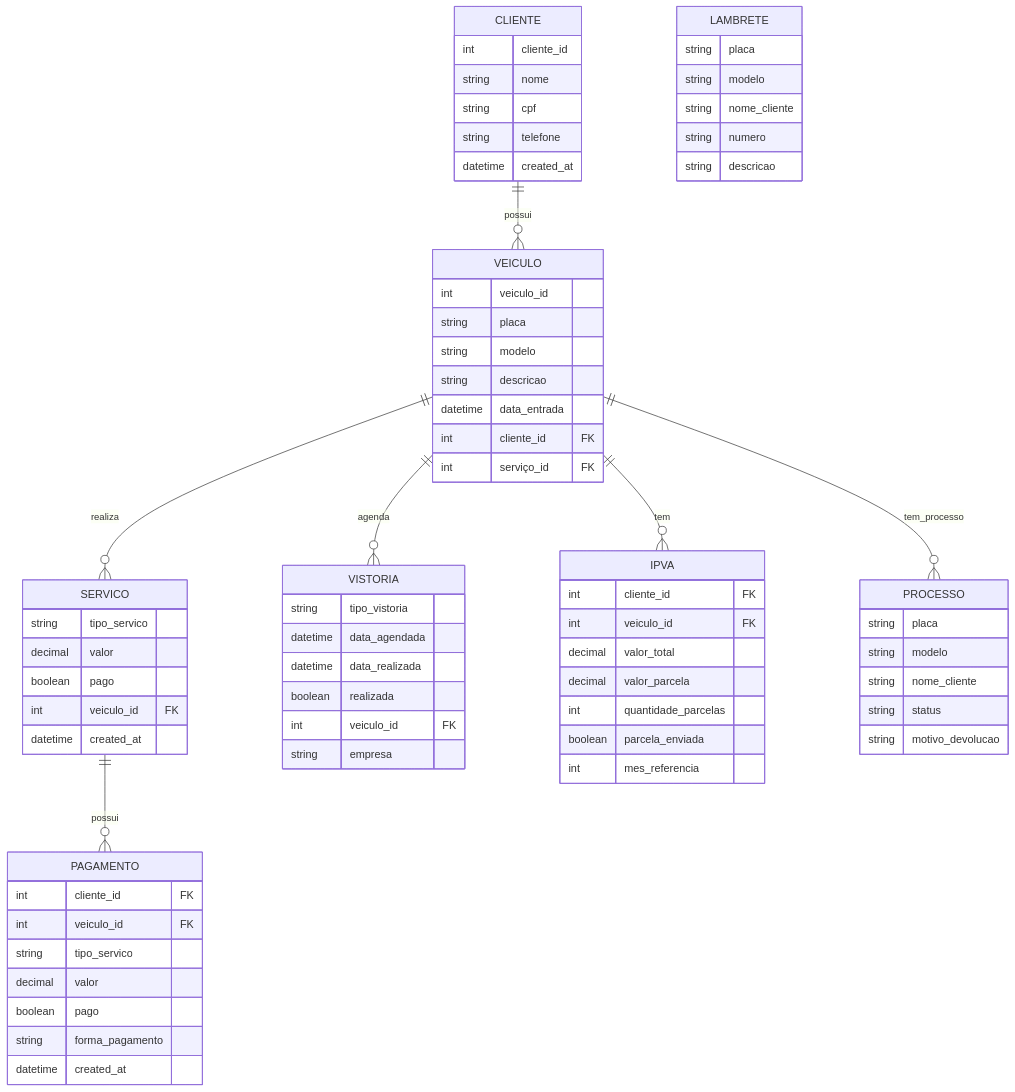
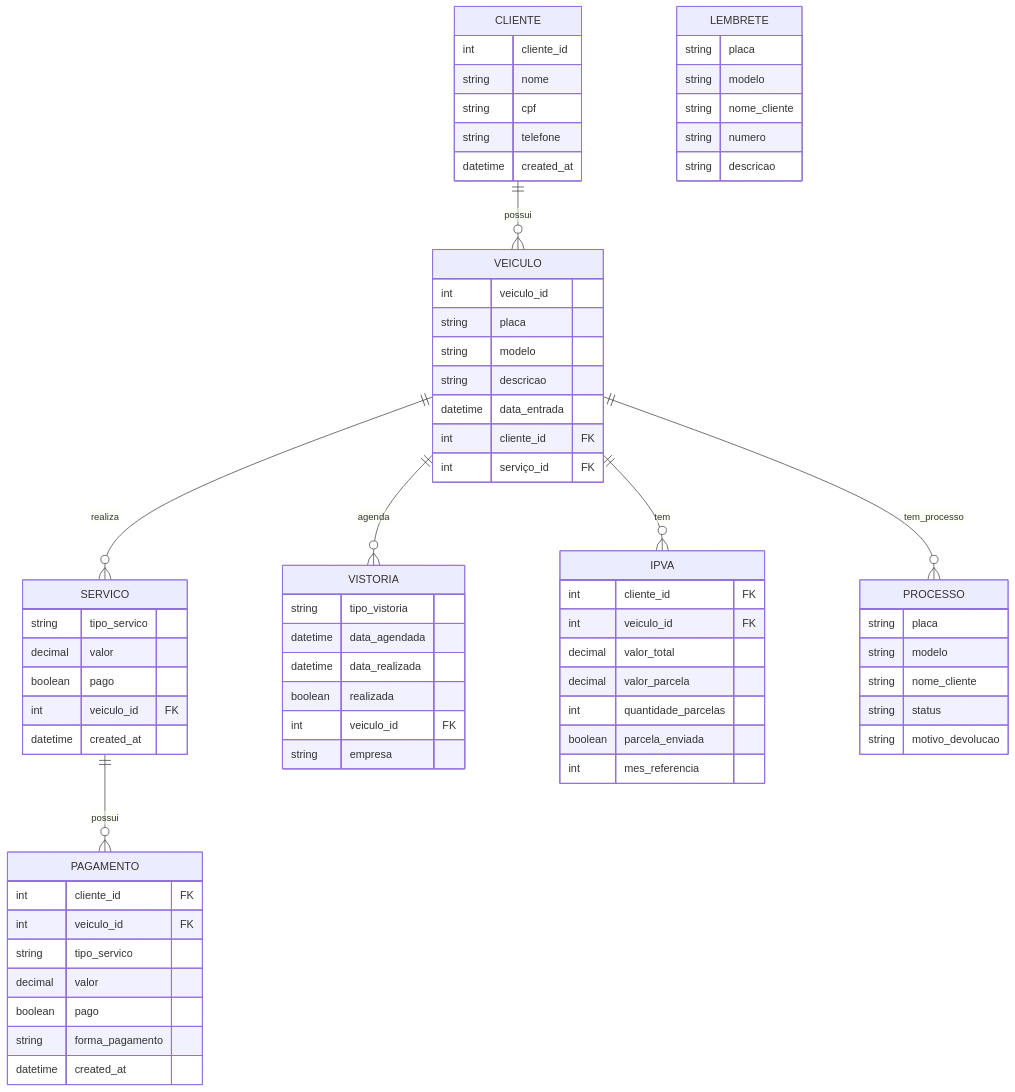
One commit to Annanicacio/Sistema-de-Gerenciamento changed the diagram in README.md. Above: the diagram before and after it, drawn with Mermaid.

```diff
--- a/README.md
+++ b/README.md
@@ -138,7 +138,7 @@
         int mes_referencia
     }
 
-    LAMBRETE {
+    LEMBRETE {
         
         string placa
         string modelo
```
